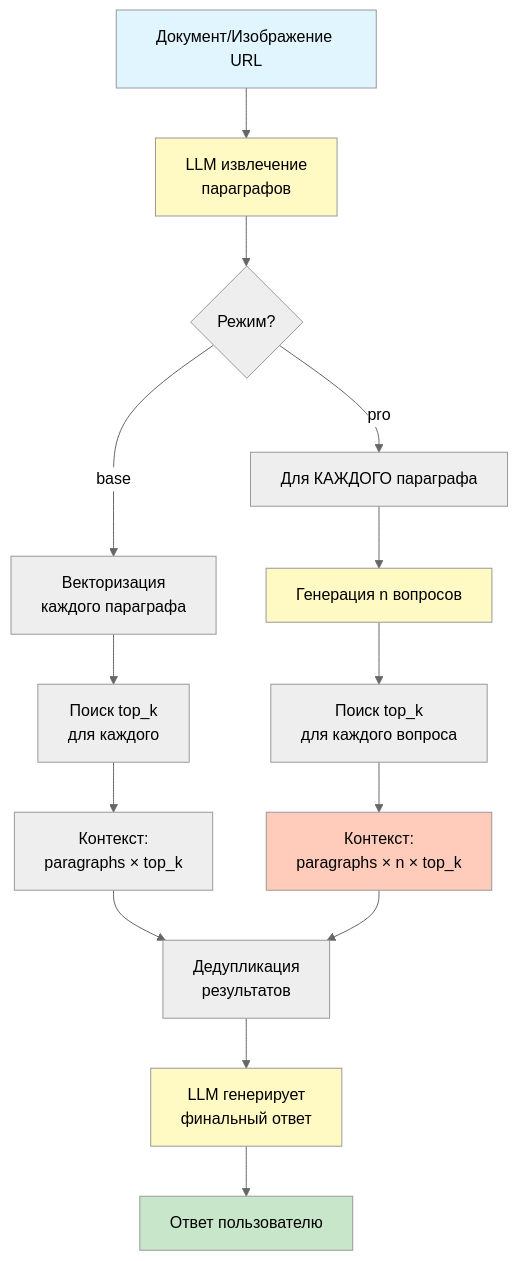
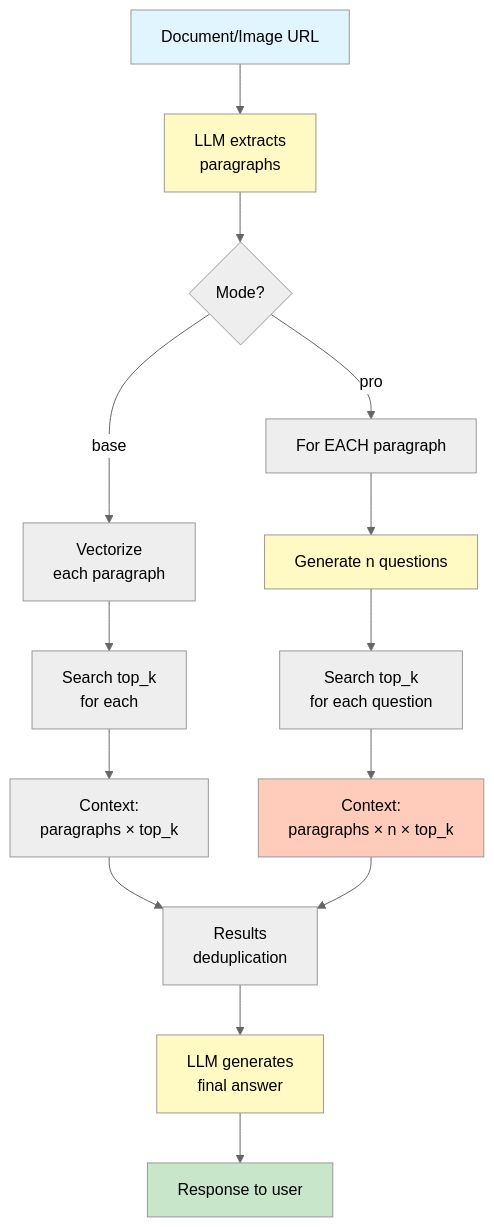
Before and after one commit to Hanbiike/law-rag-system: the second of 2 diagrams in README.md, drawn with Mermaid (neutral theme). The commit also changed other lines of this file and 2 other files, not shown here.

````diff
--- a/README.md
+++ b/README.md
@@ -228,26 +230,26 @@
 ```mermaid
 flowchart TD
-    A[Документ/Изображение URL] --> B[LLM извлечение<br/>параграфов]
-    B --> C{Режим?}
+    A[Document/Image URL] --> B[LLM extracts<br/>paragraphs]
+    B --> C{Mode?}
     
-    C -->|base| D1[Векторизация<br/>каждого параграфа]
-    D1 --> D2[Поиск top_k<br/>для каждого]
-    D2 --> D3[Контекст:<br/>paragraphs × top_k]
+    C -->|base| D1[Vectorize<br/>each paragraph]
+    D1 --> D2[Search top_k<br/>for each]
+    D2 --> D3[Context:<br/>paragraphs × top_k]
     
-    C -->|pro| E1[Для КАЖДОГО параграфа]
-    E1 --> E2[Генерация n вопросов]
-    E2 --> E3[Поиск top_k<br/>для каждого вопроса]
-    E3 --> E4[Контекст:<br/>paragraphs × n × top_k]
+    C -->|pro| E1[For EACH paragraph]
+    E1 --> E2[Generate n questions]
+    E2 --> E3[Search top_k<br/>for each question]
+    E3 --> E4[Context:<br/>paragraphs × n × top_k]
     
-    D3 --> F[Дедупликация<br/>результатов]
+    D3 --> F[Results<br/>deduplication]
     E4 --> F
-    F --> G[LLM генерирует<br/>финальный ответ]
-    G --> H[Ответ пользователю]
+    F --> G[LLM generates<br/>final answer]
+    G --> H[Response to user]
     
     style A fill:#e1f5ff
     style H fill:#c8e6c9
     style B fill:#fff9c4
     style E2 fill:#fff9c4
     style G fill:#fff9c4
     style E4 fill:#ffccbc
 ```
````
